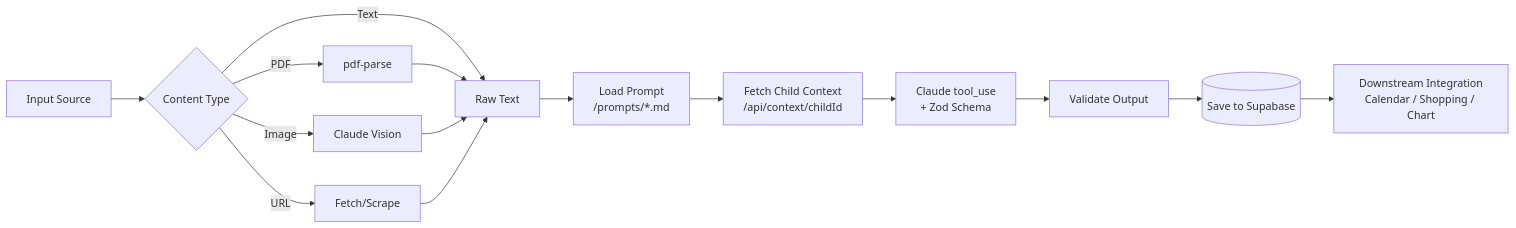
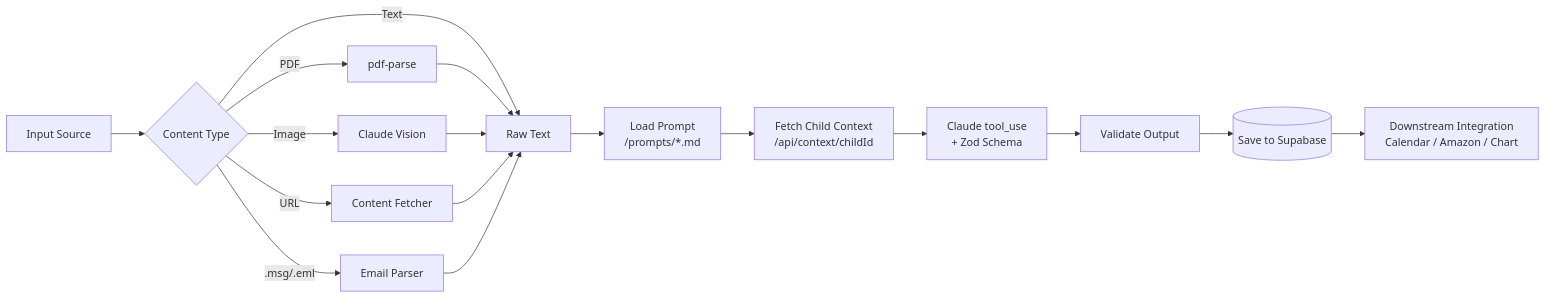
Before and after one commit to dada5531/kinloop: the second of 5 diagrams in ARCHITECTURE.md, drawn with Mermaid. The commit also changed other lines of this file and 4 other files, not shown here.

````diff
--- a/ARCHITECTURE.md
+++ b/ARCHITECTURE.md
@@ -72,14 +79,15 @@
 ```mermaid
 flowchart LR
     A[Input Source] --> B{Content Type}
     B -->|Text| C[Raw Text]
     B -->|PDF| D[pdf-parse] --> C
     B -->|Image| E[Claude Vision] --> C
-    B -->|URL| F[Fetch/Scrape] --> C
-    C --> G[Load Prompt<br/>/prompts/*.md]
-    G --> H[Fetch Child Context<br/>/api/context/childId]
-    H --> I[Claude tool_use<br/>+ Zod Schema]
-    I --> J[Validate Output]
-    J --> K[(Save to Supabase)]
-    K --> L[Downstream Integration<br/>Calendar / Shopping / Chart]
+    B -->|URL| F[Content Fetcher] --> C
+    B -->|.msg/.eml| G[Email Parser] --> C
+    C --> H[Load Prompt<br/>/prompts/*.md]
+    H --> I[Fetch Child Context<br/>/api/context/childId]
+    I --> J[Claude tool_use<br/>+ Zod Schema]
+    J --> K[Validate Output]
+    K --> L[(Save to Supabase)]
+    L --> M[Downstream Integration<br/>Calendar / Amazon / Chart]
 ```
````
